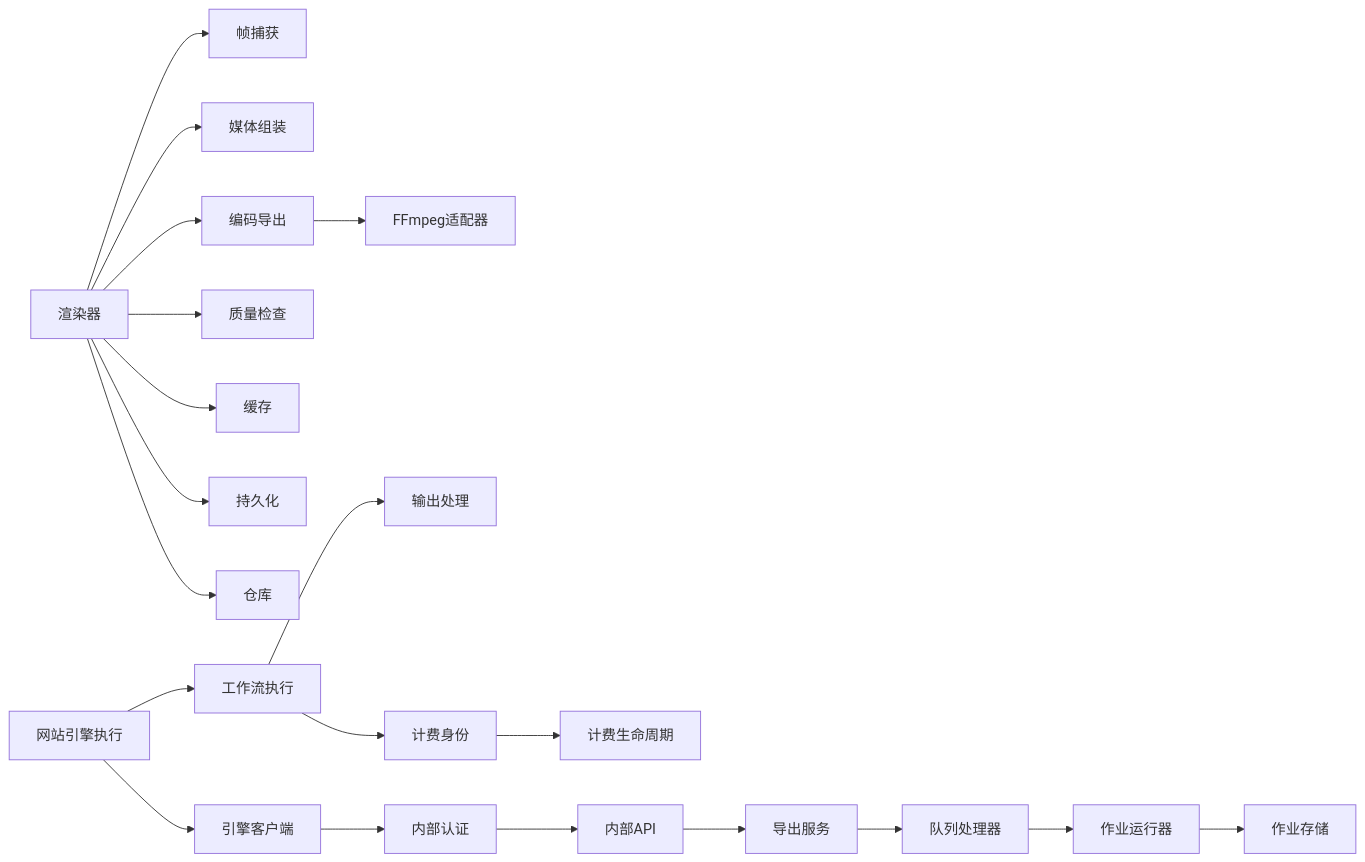
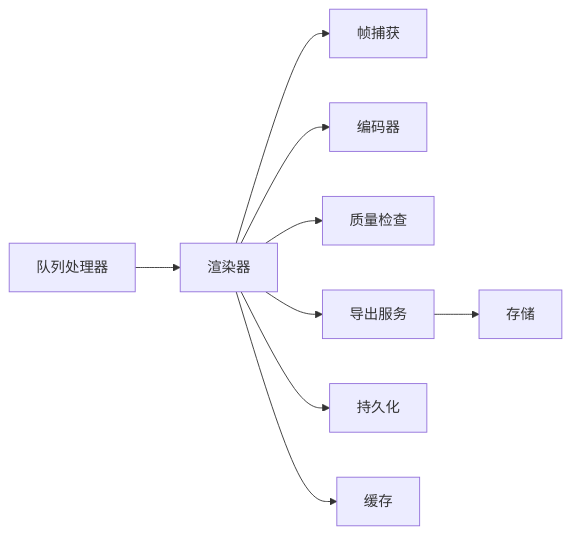
Diagram 12 of 12 in .qoder/repowiki/zh/content/渲染引擎/渲染引擎.md (scottcwy/PurpleInk), drawn with Mermaid before and after one commit. The commit also changed other lines of this file and 872 other files, not shown here.

````diff
--- a/.qoder/repowiki/zh/content/渲染引擎/渲染引擎.md
+++ b/.qoder/repowiki/zh/content/渲染引擎/渲染引擎.md
@@ -516,22 +413,11 @@
 ```mermaid
 graph LR
-Renderer["渲染器"] --> Capture["帧捕获"]
-Renderer --> Assembly["媒体组装"]
-Renderer --> Encode["编码导出"]
-Renderer --> QA["质量检查"]
-Encode --> FFmpeg["FFmpeg适配器"]
-Renderer --> Cache["缓存"]
-Renderer --> Persistence["持久化"]
-Renderer --> Repository["仓库"]
-ExportService["导出服务"] --> QueueHandler["队列处理器"]
-QueueHandler --> JobRunner["作业运行器"]
-JobRunner --> JobStore["作业存储"]
-WebsiteEngine["网站引擎执行"] --> WebsiteExecution["工作流执行"]
-WebsiteExecution --> WebsiteOutput["输出处理"]
-WebsiteExecution --> BillingIdentity["计费身份"]
-BillingIdentity --> BillingLifecycle["计费生命周期"]
-EngineClient["引擎客户端"] --> InternalAuth["内部认证"]
-InternalAuth --> InternalAPI["内部API"]
-InternalAPI --> ExportService
-WebsiteEngine --> EngineClient
+Q["队列处理器"] --> R["渲染器"]
+R --> C["帧捕获"]
+R --> E["编码器"]
+R --> QA["质量检查"]
+R --> X["导出服务"]
+X --> S["存储"]
+R --> P["持久化"]
+R --> K["缓存"]
 ```
````
